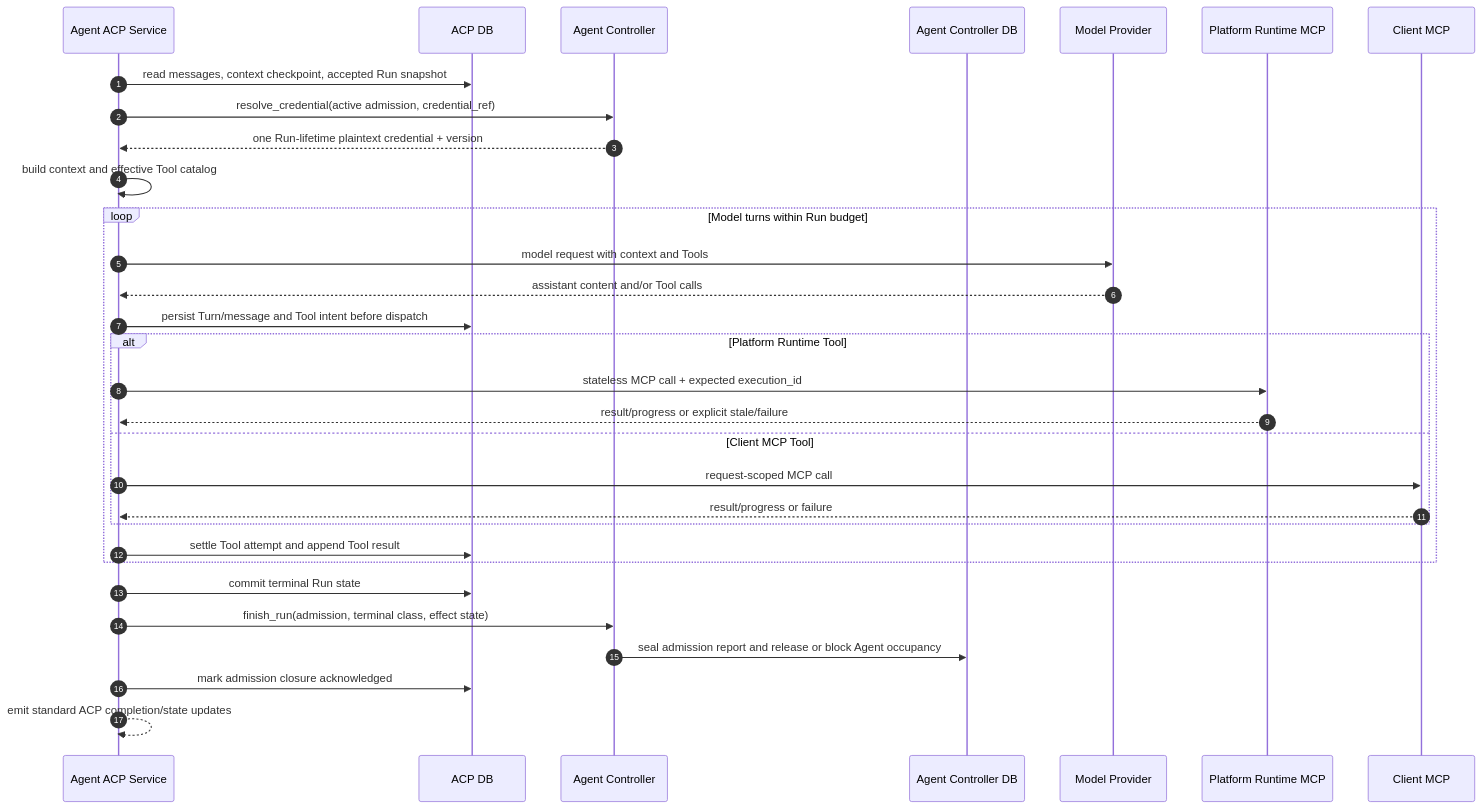
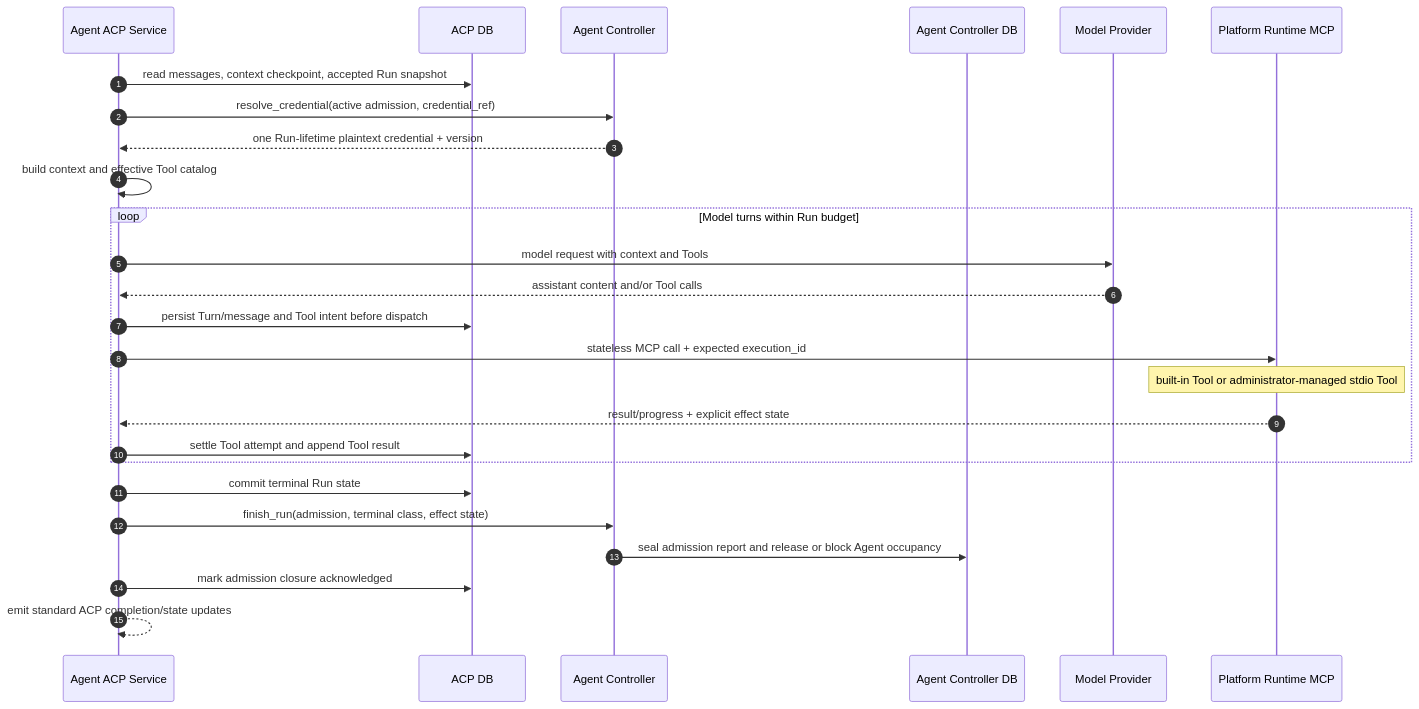
Before and after one commit to tf4fun/antnest-platform: diagram 15 of 20 in docs/business-sequences.md, drawn with Mermaid. The commit also changed other lines of this file and 1031 other files, not shown here.

````diff
--- a/docs/business-sequences.md
+++ b/docs/business-sequences.md
@@ -1102,34 +1142,29 @@
 ```mermaid
 sequenceDiagram
     autonumber
     participant ACP as Agent ACP Service
     participant ACPDB as ACP DB
     participant AC as Agent Controller
     participant ACDB as Agent Controller DB
     participant Model as Model Provider
     participant Runtime as Platform Runtime MCP
-    participant ClientMCP as Client MCP
 
     ACP->>ACPDB: read messages, context checkpoint, accepted Run snapshot
     ACP->>AC: resolve_credential(active admission, credential_ref)
     AC-->>ACP: one Run-lifetime plaintext credential + version
     ACP->>ACP: build context and effective Tool catalog
     loop Model turns within Run budget
         ACP->>Model: model request with context and Tools
         Model-->>ACP: assistant content and/or Tool calls
         ACP->>ACPDB: persist Turn/message and Tool intent before dispatch
-        alt Platform Runtime Tool
-            ACP->>Runtime: stateless MCP call + expected execution_id
-            Runtime-->>ACP: result/progress or explicit stale/failure
-        else Client MCP Tool
-            ACP->>ClientMCP: request-scoped MCP call
-            ClientMCP-->>ACP: result/progress or failure
-        end
+        ACP->>Runtime: stateless MCP call + expected execution_id
+        Note over Runtime: built-in Tool or administrator-managed stdio Tool
+        Runtime-->>ACP: result/progress + explicit effect state
         ACP->>ACPDB: settle Tool attempt and append Tool result
     end
     ACP->>ACPDB: commit terminal Run state
     ACP->>AC: finish_run(admission, terminal class, effect state)
     AC->>ACDB: seal admission report and release or block Agent occupancy
     ACP->>ACPDB: mark admission closure acknowledged
     ACP-->>ACP: emit standard ACP completion/state updates
 ```
````
